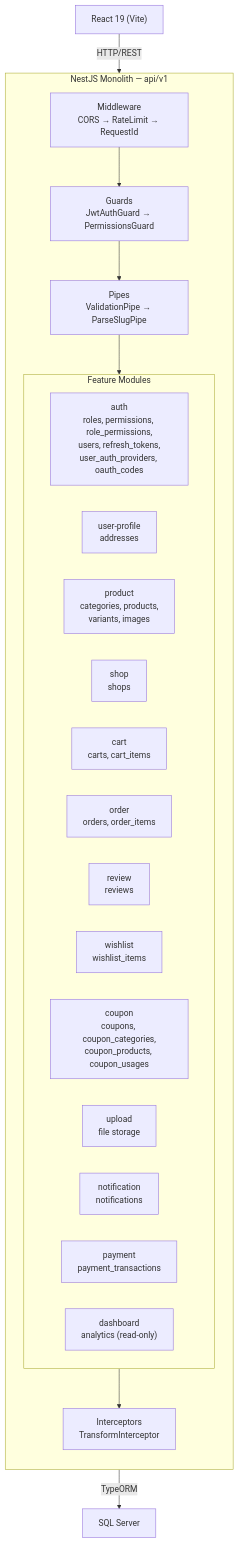
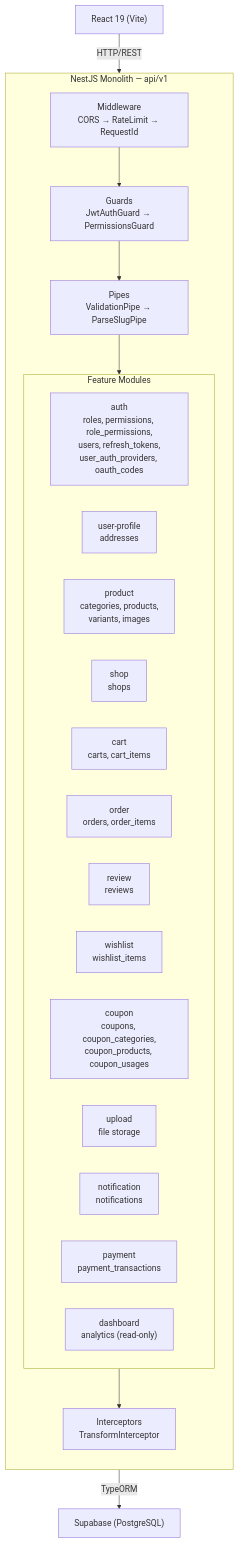
Before and after one commit to Hy-Khang/E-commerce-shop-Amazon-: the first of 3 diagrams in backend-nestjs/docs/BE-ARCHITECTURE.md, drawn with Mermaid. The commit also changed other lines of this file and 130 other files, not shown here.

First line of the commit message:
feat(db): migrate SQL Server → Supabase (Postgres) + Supabase Storage

````diff
--- a/backend-nestjs/docs/BE-ARCHITECTURE.md
+++ b/backend-nestjs/docs/BE-ARCHITECTURE.md
@@ -5,31 +5,31 @@
 ```mermaid
 graph TB
     Client["React 19 (Vite)"] -->|HTTP/REST| API["NestJS API Monolith"]
-    API -->|TypeORM| DB["SQL Server"]
+    API -->|TypeORM| DB["Supabase (PostgreSQL)"]
 
     subgraph API["NestJS Monolith — api/v1"]
         direction TB
         MW["Middleware<br/>CORS → RateLimit → RequestId"]
         MW --> Guards["Guards<br/>JwtAuthGuard → PermissionsGuard"]
         Guards --> Pipes["Pipes<br/>ValidationPipe → ParseSlugPipe"]
         Pipes --> Features
 
         subgraph Features["Feature Modules"]
             Auth["auth<br/>roles, permissions, role_permissions,<br/>users, refresh_tokens,<br/>user_auth_providers, oauth_codes"]
             UP["user-profile<br/>addresses"]
             Prod["product<br/>categories, products,<br/>variants, images"]
             Shop["shop<br/>shops"]
             Cart["cart<br/>carts, cart_items"]
             Order["order<br/>orders, order_items"]
             Review["review<br/>reviews"]
             Wishlist["wishlist<br/>wishlist_items"]
             Coupon["coupon<br/>coupons, coupon_categories,<br/>coupon_products, coupon_usages"]
             Upload["upload<br/>file storage"]
             Notification["notification<br/>notifications"]
             Payment["payment<br/>payment_transactions"]
             Dashboard["dashboard<br/>analytics (read-only)"]
         end
 
         Features --> INT["Interceptors<br/>TransformInterceptor"]
     end
 ```
````
